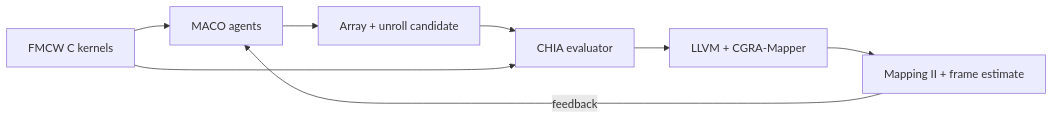
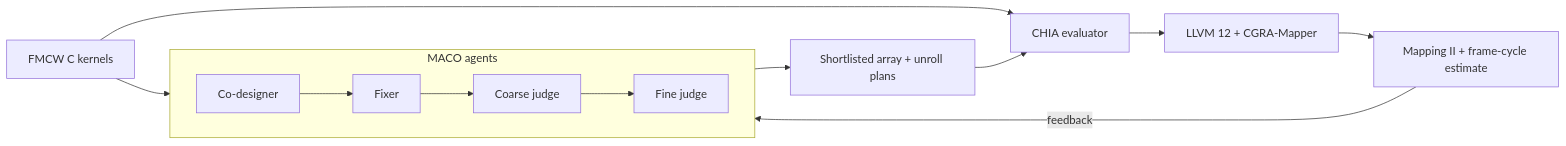
The diagram in README.md (zsjiang99/CHIA-MACO-FMCW), drawn with Mermaid before and after one commit. The commit also changed other lines of this file, not shown here.

Commit message:
Structure README around MACO framework and evidence

````diff
--- a/README.md
+++ b/README.md
@@ -15,10 +11,14 @@
 ```mermaid
 flowchart LR
-    W["FMCW C kernels"] --> A["MACO agents"]
-    A --> C["Array + unroll candidate"]
-    C --> H["CHIA evaluator"]
-    W --> H
-    H --> M["LLVM + CGRA-Mapper"]
-    M --> F["Mapping II + frame estimate"]
-    F -->|feedback| A
+    W["FMCW C kernels"] --> A
+    subgraph A["MACO agents"]
+      direction LR
+      D["Co-designer"] --> X["Fixer"] --> C["Coarse judge"] --> F["Fine judge"]
+    end
+    A --> P["Shortlisted array + unroll plans"]
+    P --> E["CHIA evaluator"]
+    W --> E
+    E --> M["LLVM 12 + CGRA-Mapper"]
+    M --> R["Mapping II + frame-cycle estimate"]
+    R -->|feedback| A
 ```
````
